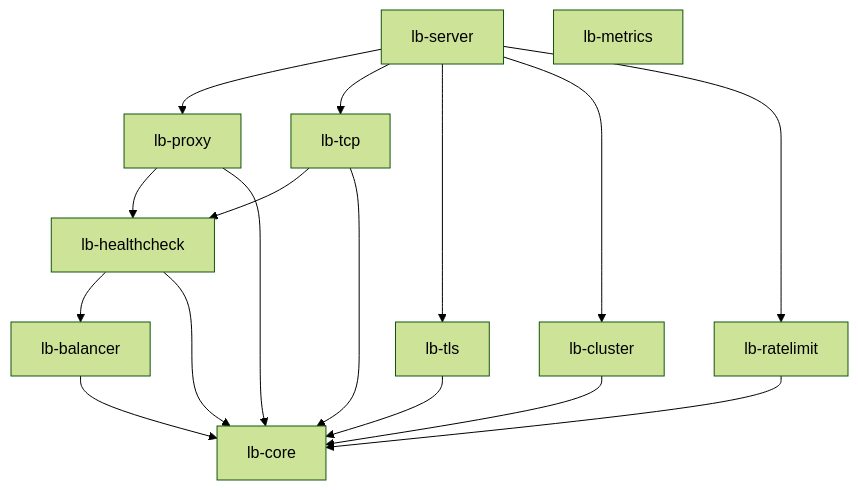
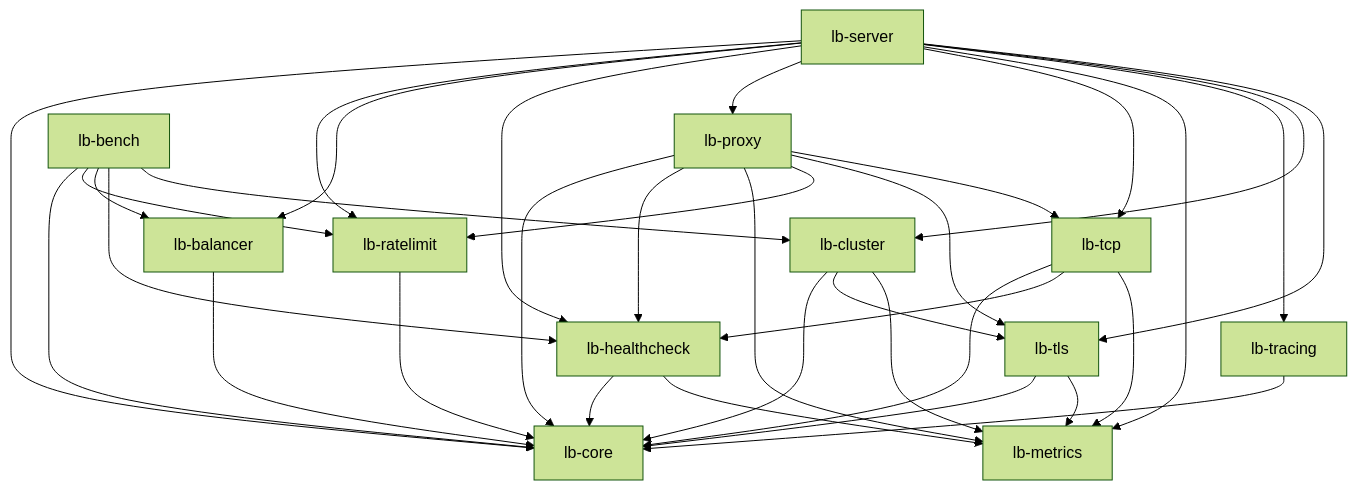
The diagram in docs/architecture.md (Raunak4518/distributed-load-balancer), drawn with Mermaid (forest theme) before and after one commit. The commit also changed other lines of this file, not shown here.

Commit message:
docs: rewrite the architecture guide (crate graph, trait seams, concurrency model)

````diff
--- a/docs/architecture.md
+++ b/docs/architecture.md
@@ -23,24 +38,39 @@
 ```mermaid
 graph TD
-    server[lb-server] --> proxy[lb-proxy]
-    server --> tcp[lb-tcp]
-    server --> tls[lb-tls]
-    server --> cluster[lb-cluster]
-    
-    proxy --> hc[lb-healthcheck]
-    tcp --> hc
-    
-    hc --> balancer[lb-balancer]
-    
-    proxy --> core[lb-core]
-    tcp --> core
-    tls --> core
-    cluster --> core
-    hc --> core
-    balancer --> core
-    
-    ratelimit[lb-ratelimit] --> core
-    server --> ratelimit
-    
-    metrics[lb-metrics]
+    lb_core[lb-core]
+    lb_metrics[lb-metrics]
+    lb_balancer[lb-balancer] --> lb_core
+    lb_ratelimit[lb-ratelimit] --> lb_core
+    lb_tracing[lb-tracing] --> lb_core
+    lb_healthcheck[lb-healthcheck] --> lb_core
+    lb_healthcheck --> lb_metrics
+    lb_tls[lb-tls] --> lb_core
+    lb_tls --> lb_metrics
+    lb_tcp[lb-tcp] --> lb_core
+    lb_tcp --> lb_healthcheck
+    lb_tcp --> lb_metrics
+    lb_cluster[lb-cluster] --> lb_core
+    lb_cluster --> lb_tls
+    lb_cluster --> lb_metrics
+    lb_proxy[lb-proxy] --> lb_core
+    lb_proxy --> lb_healthcheck
+    lb_proxy --> lb_metrics
+    lb_proxy --> lb_ratelimit
+    lb_proxy --> lb_tls
+    lb_proxy --> lb_tcp
+    lb_server[lb-server] --> lb_core
+    lb_server --> lb_ratelimit
+    lb_server --> lb_balancer
+    lb_server --> lb_healthcheck
+    lb_server --> lb_proxy
+    lb_server --> lb_tcp
+    lb_server --> lb_metrics
+    lb_server --> lb_tracing
+    lb_server --> lb_cluster
+    lb_server --> lb_tls
+    lb_bench[lb-bench] --> lb_core
+    lb_bench --> lb_ratelimit
+    lb_bench --> lb_balancer
+    lb_bench --> lb_healthcheck
+    lb_bench --> lb_cluster
 ```
````
